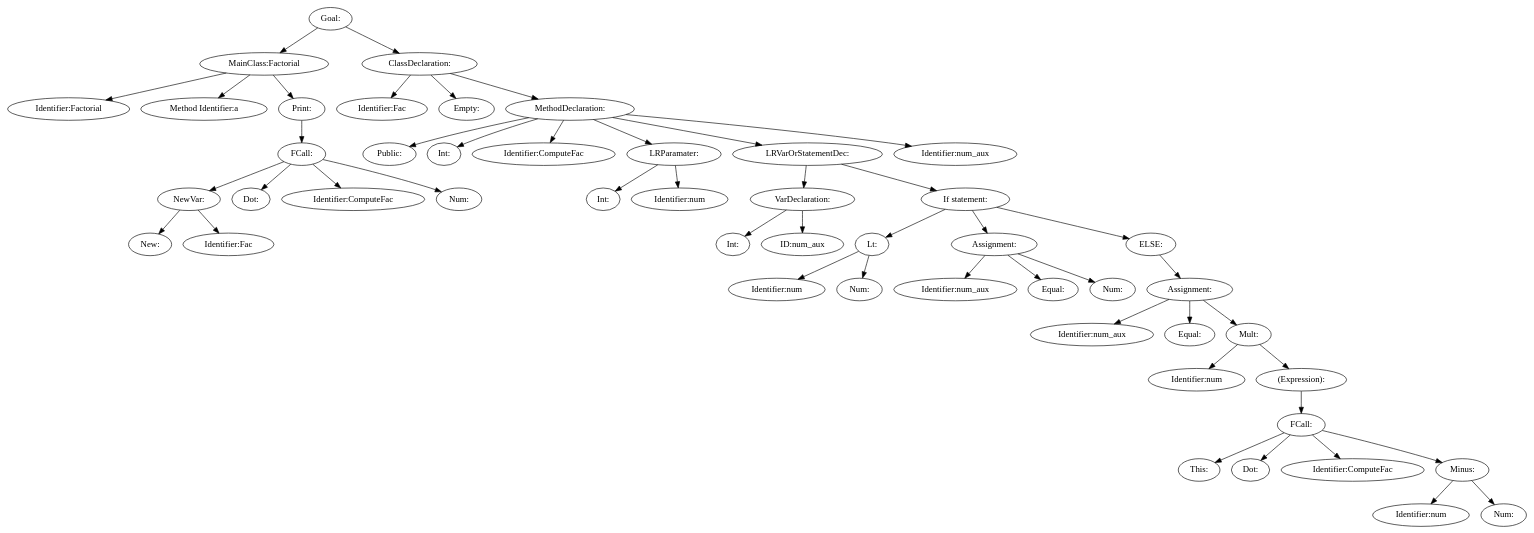
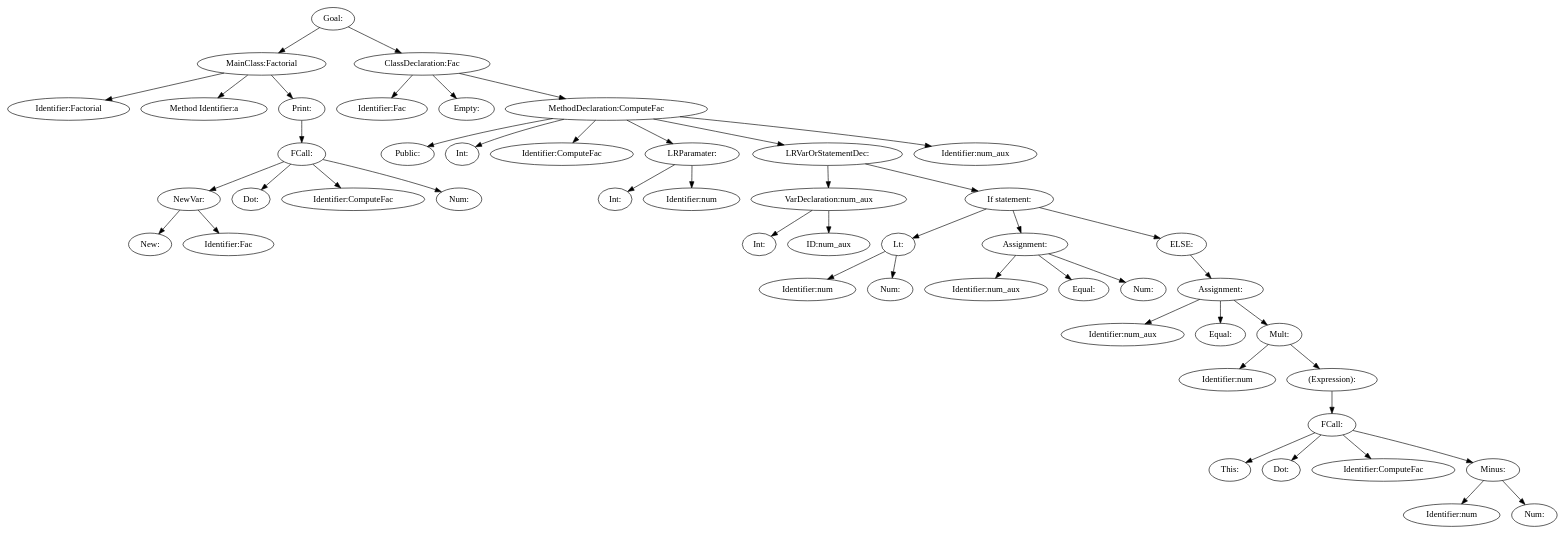
One commit to JakobAdamsson/Compiler-and-translation-technique changed the diagram in assignment2/assignment/tree.dot. Above: the diagram before and after it, drawn with Graphviz. The commit also changed 7 other files, not shown here.

```diff
--- a/assignment2/assignment/tree.dot
+++ b/assignment2/assignment/tree.dot
@@ -1,99 +1,99 @@
 digraph {
 n0 [label="Goal:"];
 n1 [label="MainClass:Factorial"];
 n2 [label="Identifier:Factorial"];
 n1 -> n2
 n3 [label="Method Identifier:a"];
 n1 -> n3
 n4 [label="Print:"];
 n5 [label="FCall:"];
 n6 [label="NewVar:"];
 n7 [label="New:"];
 n6 -> n7
 n8 [label="Identifier:Fac"];
 n6 -> n8
 n5 -> n6
 n9 [label="Dot:"];
 n5 -> n9
 n10 [label="Identifier:ComputeFac"];
 n5 -> n10
 n11 [label="Num:"];
 n5 -> n11
 n4 -> n5
 n1 -> n4
 n0 -> n1
-n12 [label="ClassDeclaration:"];
+n12 [label="ClassDeclaration:Fac"];
 n13 [label="Identifier:Fac"];
 n12 -> n13
 n14 [label="Empty:"];
 n12 -> n14
-n15 [label="MethodDeclaration:"];
+n15 [label="MethodDeclaration:ComputeFac"];
 n16 [label="Public:"];
 n15 -> n16
 n17 [label="Int:"];
 n15 -> n17
 n18 [label="Identifier:ComputeFac"];
 n15 -> n18
 n19 [label="LRParamater:"];
 n20 [label="Int:"];
 n19 -> n20
 n21 [label="Identifier:num"];
 n19 -> n21
 n15 -> n19
 n22 [label="LRVarOrStatementDec:"];
-n23 [label="VarDeclaration:"];
+n23 [label="VarDeclaration:num_aux"];
 n24 [label="Int:"];
 n23 -> n24
 n25 [label="ID:num_aux"];
 n23 -> n25
 n22 -> n23
 n26 [label="If statement:"];
 n27 [label="Lt:"];
 n28 [label="Identifier:num"];
 n27 -> n28
 n29 [label="Num:"];
 n27 -> n29
 n26 -> n27
 n30 [label="Assignment:"];
 n31 [label="Identifier:num_aux"];
 n30 -> n31
 n32 [label="Equal:"];
 n30 -> n32
 n33 [label="Num:"];
 n30 -> n33
 n26 -> n30
 n34 [label="ELSE:"];
 n35 [label="Assignment:"];
 n36 [label="Identifier:num_aux"];
 n35 -> n36
 n37 [label="Equal:"];
 n35 -> n37
 n38 [label="Mult:"];
 n39 [label="Identifier:num"];
 n38 -> n39
 n40 [label="(Expression):"];
 n41 [label="FCall:"];
 n42 [label="This:"];
 n41 -> n42
 n43 [label="Dot:"];
 n41 -> n43
 n44 [label="Identifier:ComputeFac"];
 n41 -> n44
 n45 [label="Minus:"];
 n46 [label="Identifier:num"];
 n45 -> n46
 n47 [label="Num:"];
 n45 -> n47
 n41 -> n45
 n40 -> n41
 n38 -> n40
 n35 -> n38
 n34 -> n35
 n26 -> n34
 n22 -> n26
 n15 -> n22
 n48 [label="Identifier:num_aux"];
 n15 -> n48
 n12 -> n15
 n0 -> n12
 }
```
